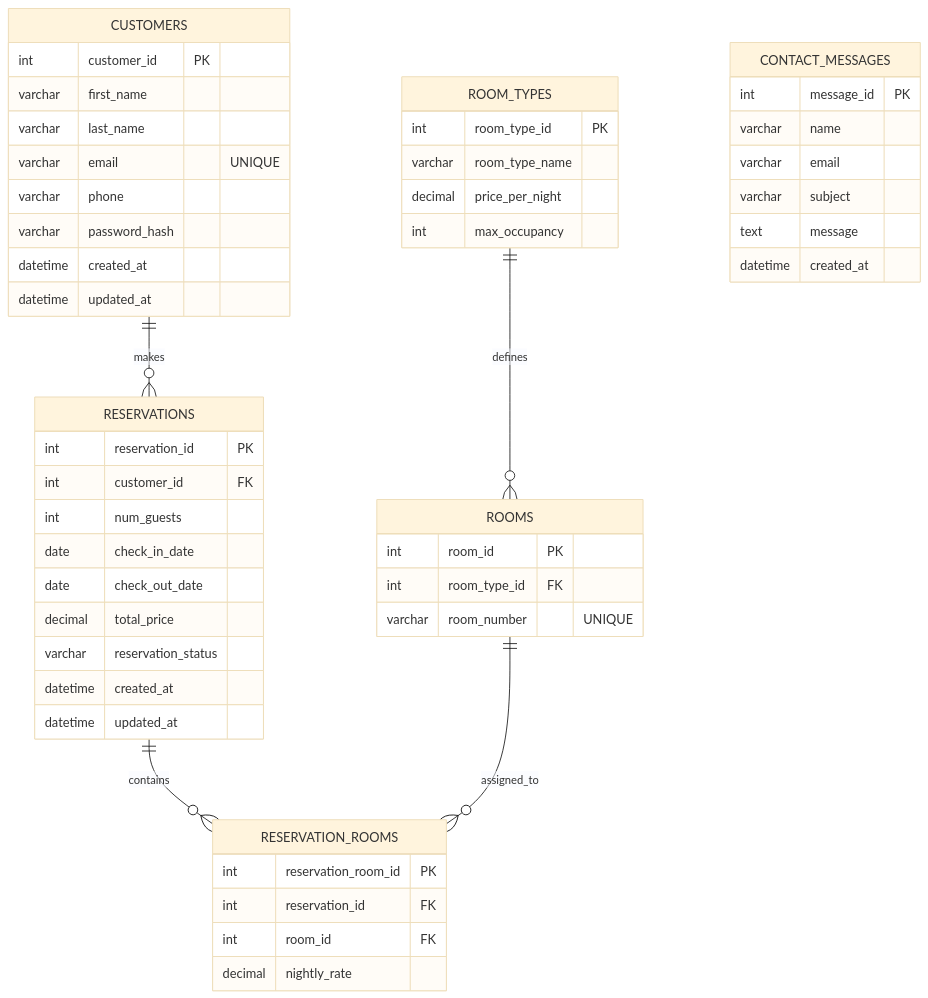
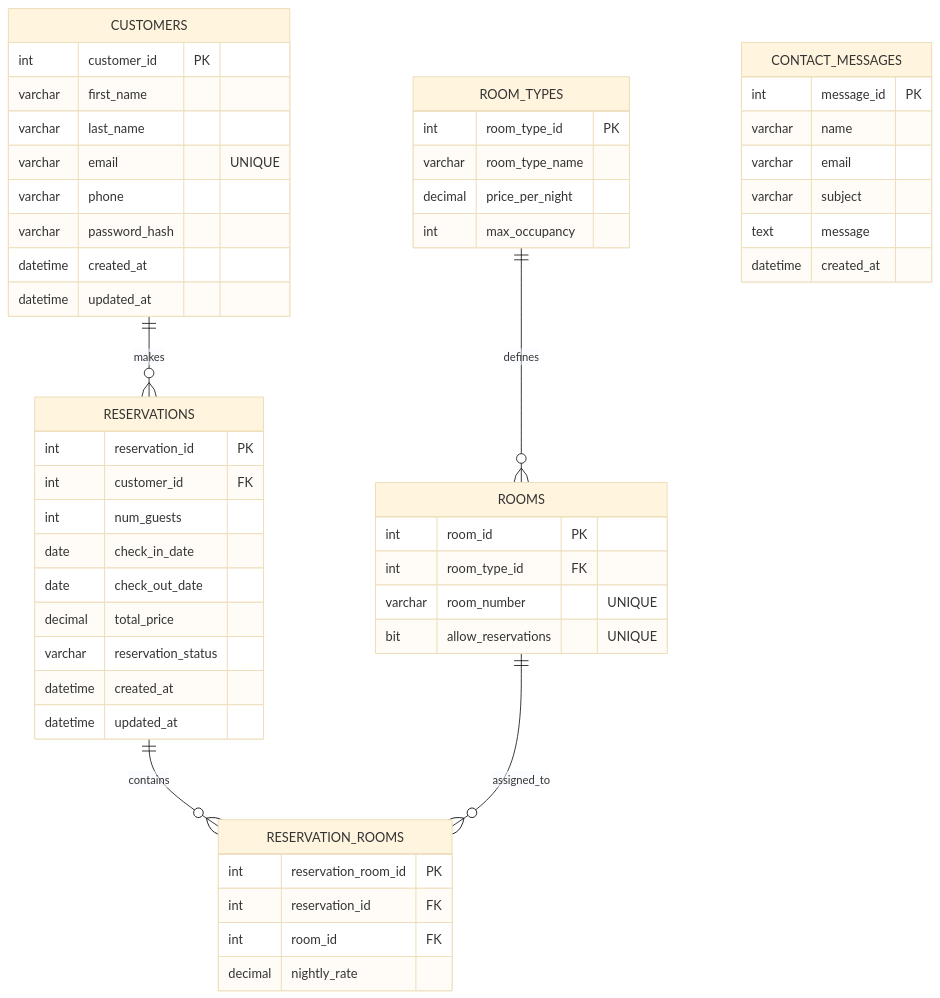
Before and after one commit to Hydroplane72/Moffat-Bay: the diagram in Technical Design Documentation/ERD.md, drawn with Mermaid (base theme). The commit also changed other lines of this file and 1 other file, not shown here.

Commit message:
Update seed data and ERD to include allow_reservations in Rooms table

````diff
--- a/Technical Design Documentation/ERD.md
+++ b/Technical Design Documentation/ERD.md
@@ -3,59 +3,60 @@
 ```mermaid
 erDiagram
     CUSTOMERS ||--o{ RESERVATIONS : makes
     ROOM_TYPES ||--o{ ROOMS : defines
     RESERVATIONS ||--o{ RESERVATION_ROOMS : contains
     ROOMS ||--o{ RESERVATION_ROOMS : assigned_to
 
     CUSTOMERS {
         int customer_id PK
         varchar first_name
         varchar last_name
         varchar email "UNIQUE"
         varchar phone
         varchar password_hash
         datetime created_at
         datetime updated_at
     }
 
     RESERVATIONS {
         int reservation_id PK
         int customer_id FK
         int num_guests
         date check_in_date
         date check_out_date
         decimal total_price
         varchar reservation_status
         datetime created_at
         datetime updated_at
     }
 
     RESERVATION_ROOMS {
         int reservation_room_id PK
         int reservation_id FK
         int room_id FK
         decimal nightly_rate
     }
 
     ROOMS {
         int room_id PK
         int room_type_id FK
         varchar room_number "UNIQUE"
+        bit allow_reservations "UNIQUE"
     }
 
     ROOM_TYPES {
         int room_type_id PK
         varchar room_type_name
         decimal price_per_night
         int max_occupancy
     }
 
     CONTACT_MESSAGES {
             int message_id PK
             varchar name
             varchar email
             varchar subject
             text message
             datetime created_at
         }
 ```
````
